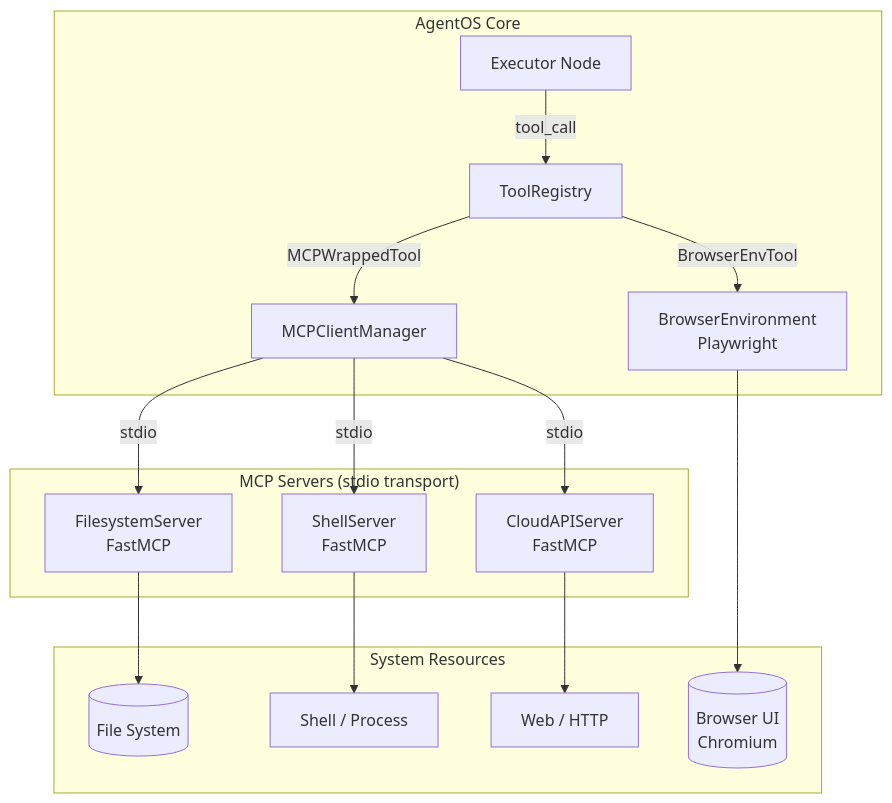
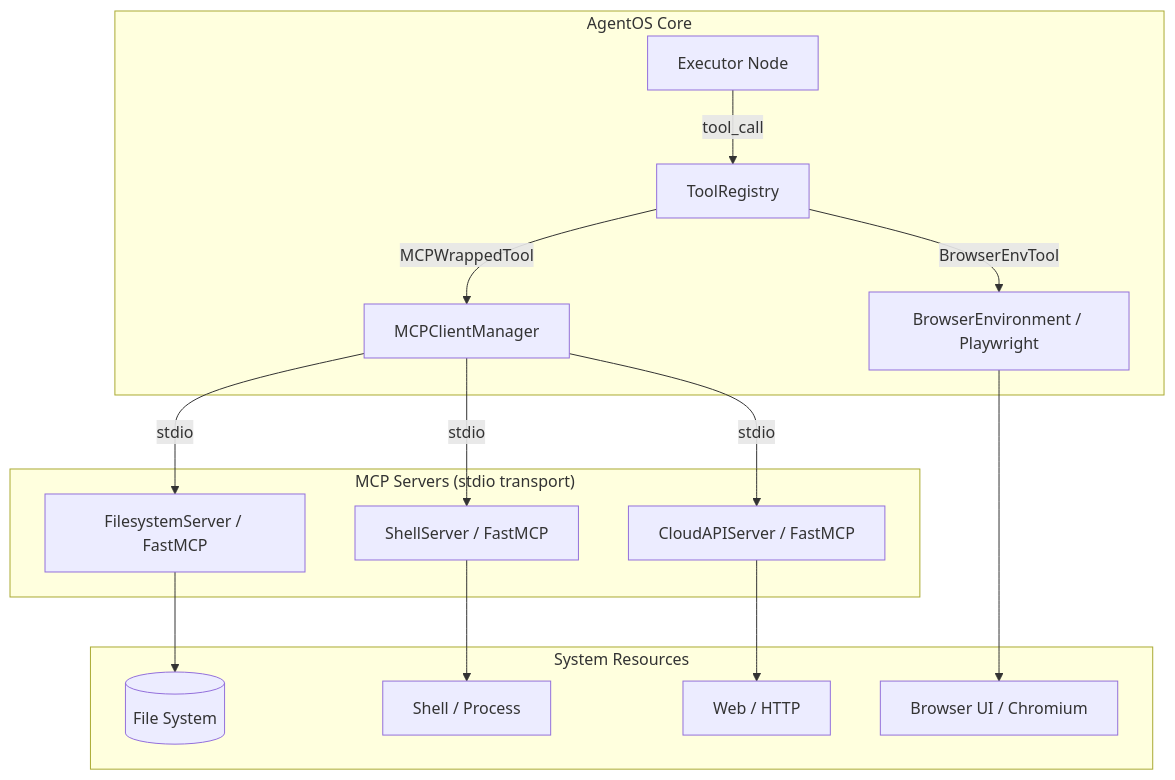
One commit to chandankumar123456/Agent-OS changed the fifth of 10 diagrams in README.md. Above: the diagram before and after it, drawn with Mermaid. The commit also changed other lines of this file, not shown here.

Commit message:
fix(README): replace <br/> with quoted strings in Mermaid diagrams for GitHub compatibility

````diff
--- a/README.md
+++ b/README.md
@@ -382,33 +382,33 @@
 ```mermaid
 graph TB
     subgraph "AgentOS Core"
         EX[Executor Node]
         TREG[ToolRegistry]
         MCP_MGR[MCPClientManager]
-        BENV[BrowserEnvironment<br/>Playwright]
+        BENV["BrowserEnvironment / Playwright"]
     end
 
     subgraph "MCP Servers (stdio transport)"
-        FS[FilesystemServer<br/>FastMCP]
-        SH[ShellServer<br/>FastMCP]
-        CA[CloudAPIServer<br/>FastMCP]
+        FS["FilesystemServer / FastMCP"]
+        SH["ShellServer / FastMCP"]
+        CA["CloudAPIServer / FastMCP"]
     end
 
     subgraph "System Resources"
         DISK[(File System)]
         SHELL[Shell / Process]
         WEB[Web / HTTP]
-        BROWSER[(Browser UI<br/>Chromium)]
+        BROWSER["Browser UI / Chromium"]
     end
 
     EX -->|tool_call| TREG
     TREG -->|MCPWrappedTool| MCP_MGR
     TREG -->|BrowserEnvTool| BENV
     MCP_MGR -->|stdio| FS
     MCP_MGR -->|stdio| SH
     MCP_MGR -->|stdio| CA
     FS --> DISK
     SH --> SHELL
     CA --> WEB
     BENV --> BROWSER
 ```
````
